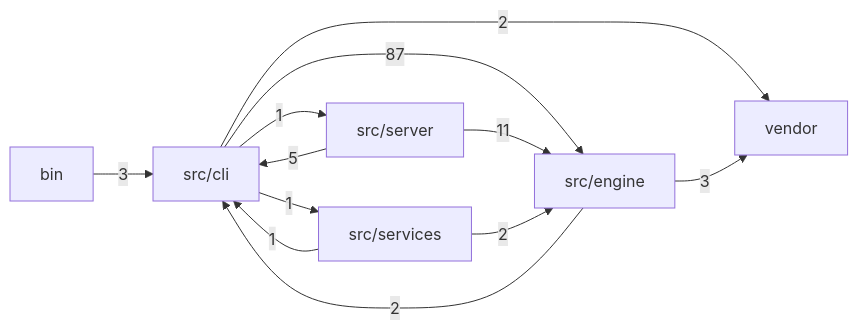
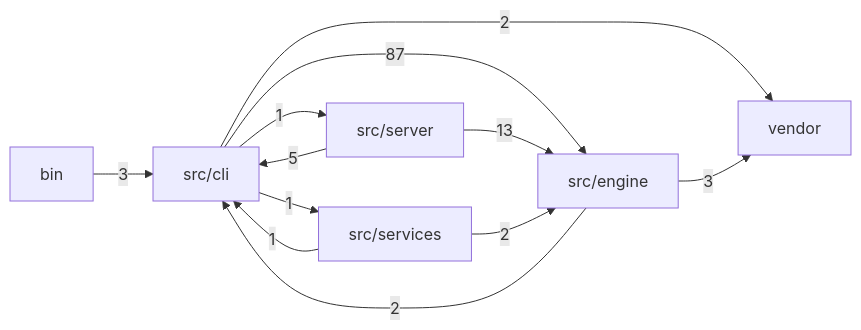
Before and after one commit to mgillr/memev: the first of 2 diagrams in docs/MODULES.md, drawn with Mermaid. The commit also changed other lines of this file and 3 other files, not shown here.

````diff
--- a/docs/MODULES.md
+++ b/docs/MODULES.md
@@ -11,20 +11,20 @@
 ```mermaid
 flowchart LR
   bin["bin"]
   cli["src/cli"]
   engine["src/engine"]
   server["src/server"]
   services["src/services"]
   vendor["vendor"]
   bin -->|"3"| cli
   cli -->|"87"| engine
   cli -->|"1"| server
   cli -->|"1"| services
   cli -->|"2"| vendor
   engine -->|"2"| cli
   engine -->|"3"| vendor
   server -->|"5"| cli
-  server -->|"11"| engine
+  server -->|"13"| engine
   services -->|"1"| cli
   services -->|"2"| engine
 ```
````
